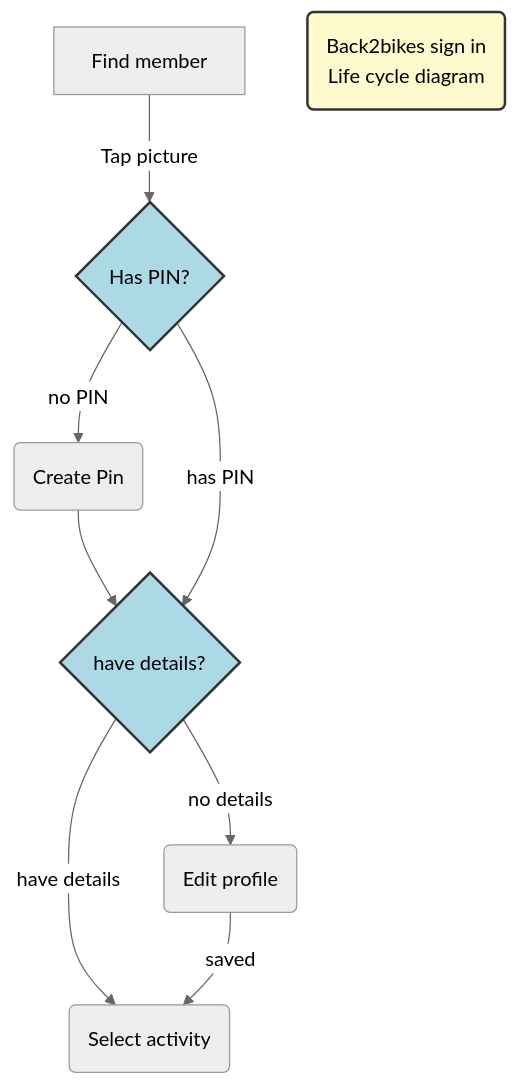
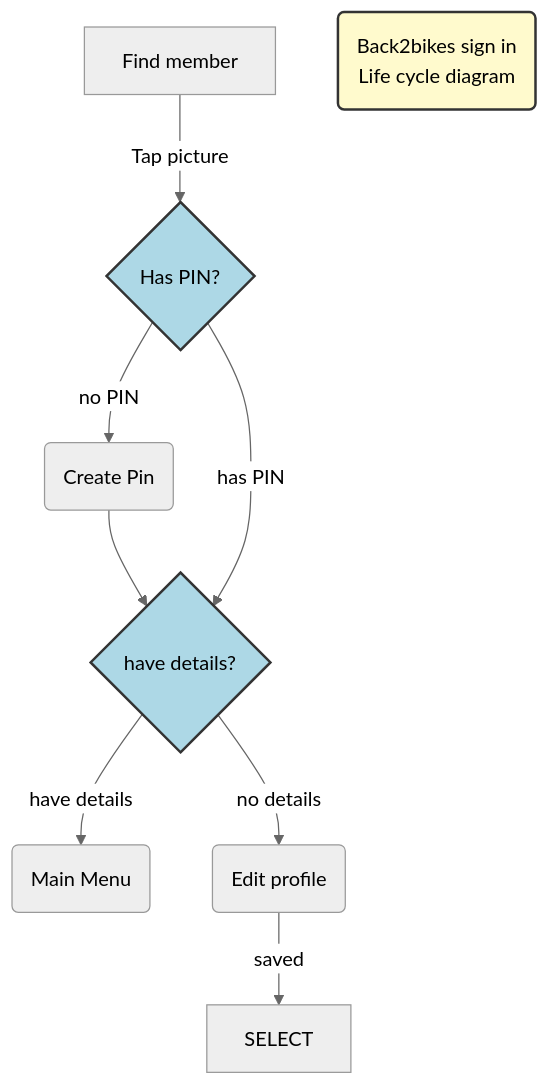
Before and after one commit to Back2Dev/attendance: the diagram in docs/design/login-flow.md, drawn with Mermaid (neutral theme). The commit also changed other lines of this file, not shown here.

Commit message:
docs/design/login-flow.md updated from https://stackedit.io/

````diff
--- a/docs/design/login-flow.md
+++ b/docs/design/login-flow.md
@@ -3,16 +3,17 @@
 ```mermaid
 graph TD
 classDef green fill:#9f6,stroke:#333,stroke-width:2px
 class A green
 AA[Find member] -- Tap picture --> HASPIN{Has PIN?}
 HASPIN -- no PIN --> CP(Create Pin)
 CP --> HASDETAILS{have details?}
-HASDETAILS -- have details --> SELECT(Select activity)
+HASDETAILS -- have details --> RETURN(Main Menu)
 HASDETAILS -- no details --> EDIT(Edit profile)
 HASPIN -- has PIN --> HASDETAILS
 EDIT -- saved --> SELECT
 LEGEND(Back2bikes sign in<br>Life cycle diagram)
-  style LEGEND fill:lemonchiffon,stroke:#333,stroke-width:2px
-    style HASPIN fill:lightblue,stroke:#333,stroke-width:2px
-    style HASDETAILS fill:lightblue,stroke:#333,stroke-width:2px
+
+style LEGEND fill:lemonchiffon,stroke:#333,stroke-width:2px
+style HASPIN fill:lightblue,stroke:#333,stroke-width:2px
+style HASDETAILS fill:lightblue,stroke:#333,stroke-width:2px
 ```
````
